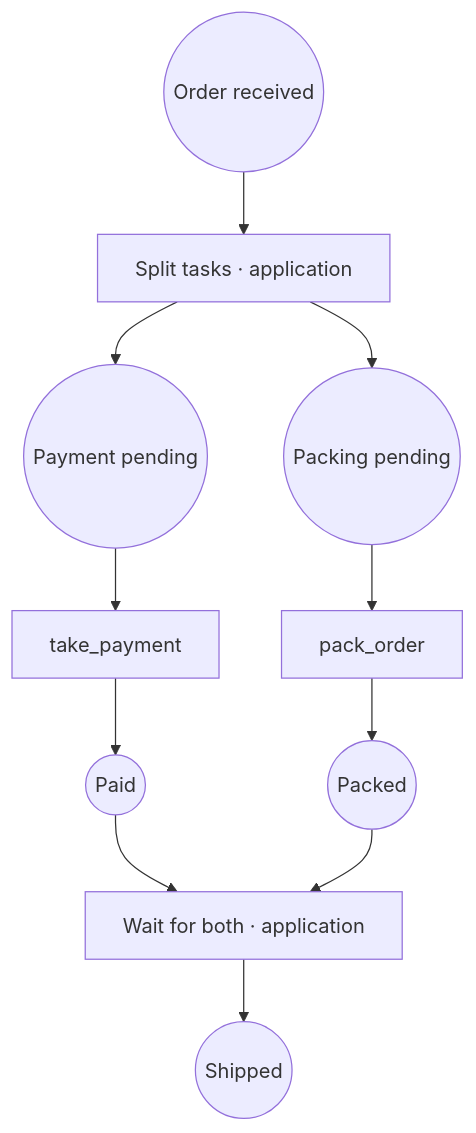
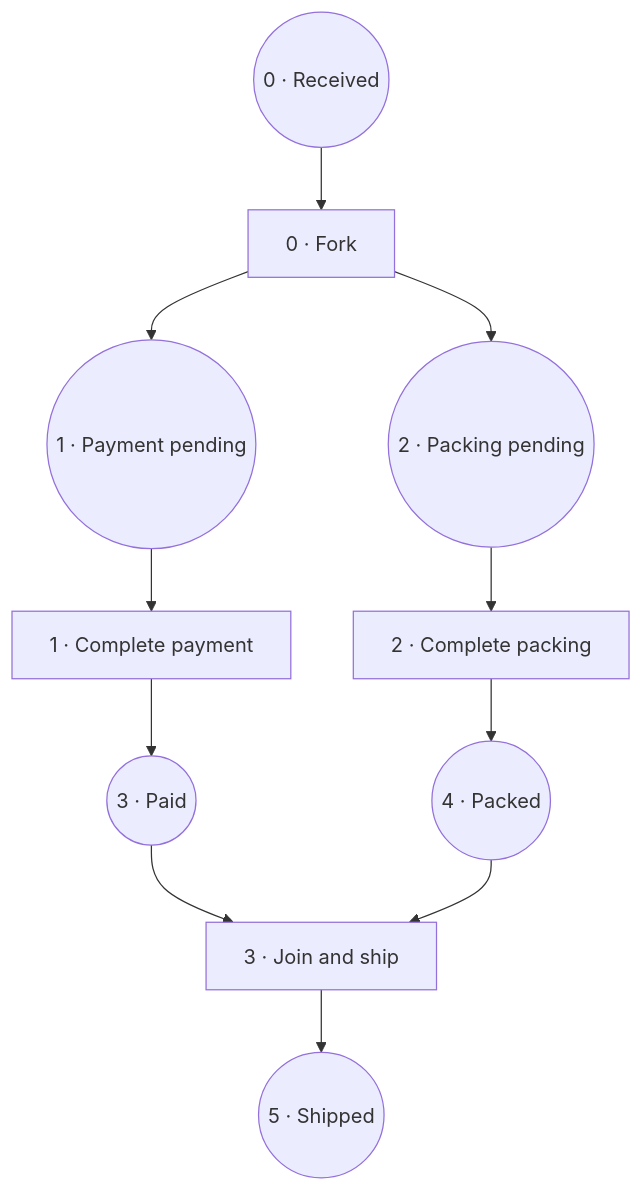
One commit to Lsh0x/petri-net changed the diagram in README.md. Above: the diagram before and after it, drawn with Mermaid. The commit also changed other lines of this file and 12 other files, not shown here.

````diff
--- a/README.md
+++ b/README.md
@@ -74,13 +60,13 @@
 ```mermaid
 flowchart TD
-    received(("Order received")) --> split["Split tasks · application"]
-    split --> payment(("Payment pending"))
-    split --> packing(("Packing pending"))
-    payment --> charge["take_payment"]
-    packing --> pack["pack_order"]
-    charge --> paid(("Paid"))
-    pack --> packed(("Packed"))
-    paid --> barrier["Wait for both · application"]
-    packed --> barrier
-    barrier --> shipped(("Shipped"))
+    received(("0 · Received")) --> fork["0 · Fork"]
+    fork --> payment(("1 · Payment pending"))
+    fork --> packing(("2 · Packing pending"))
+    payment --> pay["1 · Complete payment"]
+    packing --> pack["2 · Complete packing"]
+    pay --> paid(("3 · Paid"))
+    pack --> packed(("4 · Packed"))
+    paid --> join["3 · Join and ship"]
+    packed --> join
+    join --> shipped(("5 · Shipped"))
 ```
````
